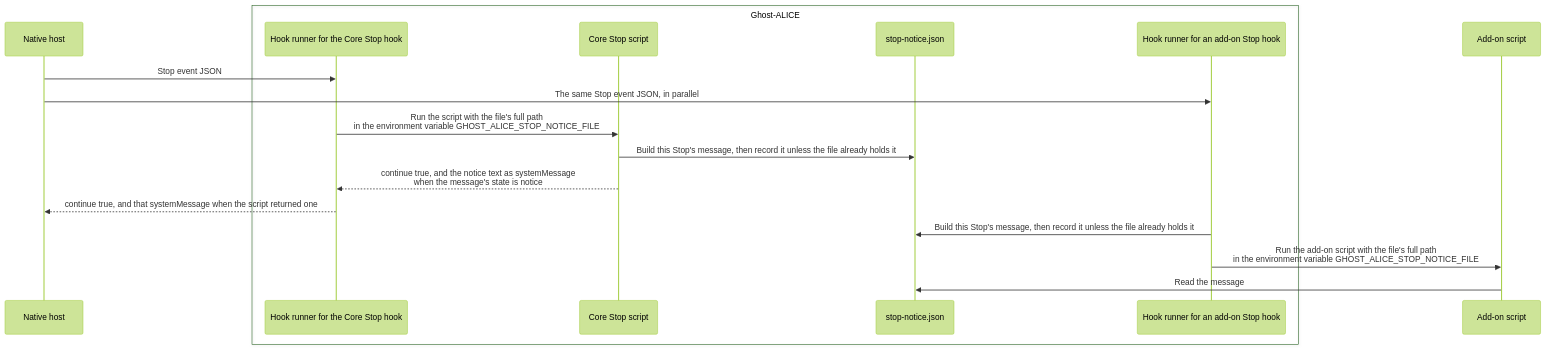
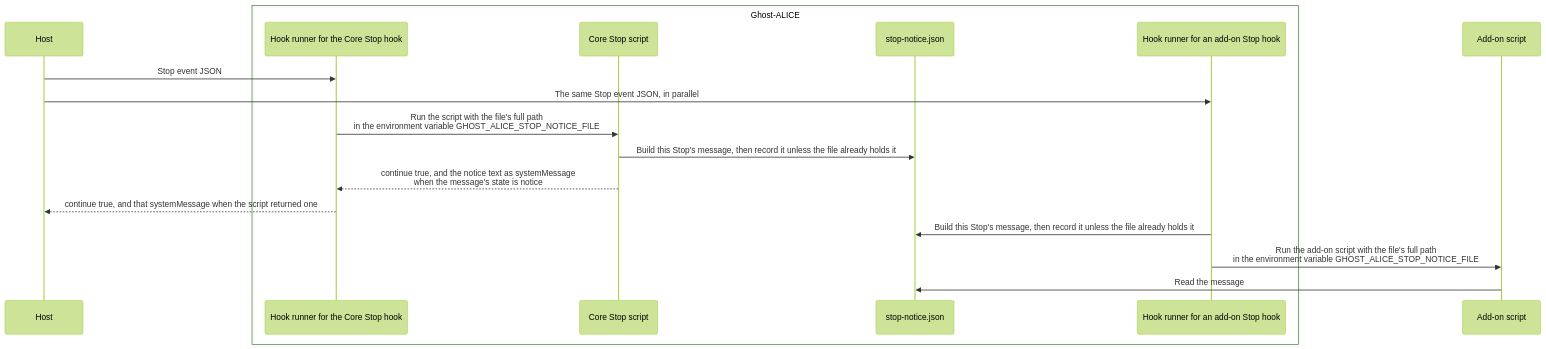
The fourth of 7 diagrams in architecture.md (AidALL/ghost-alice), drawn with Mermaid (forest theme) before and after one commit. The commit also changed other lines of this file and 69 other files, not shown here.

````diff
--- a/architecture.md
+++ b/architecture.md
@@ -143,20 +143,20 @@
 ```mermaid
 sequenceDiagram
-  participant H as Native host
+  participant H as Host
   box Ghost-ALICE
     participant RC as Hook runner for the Core Stop hook
     participant CS as Core Stop script
     participant F as stop-notice.json
     participant RA as Hook runner for an add-on Stop hook
   end
   participant A as Add-on script
   H->>RC: Stop event JSON
   H->>RA: The same Stop event JSON, in parallel
   RC->>CS: Run the script with the file's full path<br/>in the environment variable GHOST_ALICE_STOP_NOTICE_FILE
   CS->>F: Build this Stop's message, then record it unless the file already holds it
   CS-->>RC: continue true, and the notice text as systemMessage<br/>when the message's state is notice
   RC-->>H: continue true, and that systemMessage when the script returned one
   RA->>F: Build this Stop's message, then record it unless the file already holds it
   RA->>A: Run the add-on script with the file's full path<br/>in the environment variable GHOST_ALICE_STOP_NOTICE_FILE
   A->>F: Read the message
 ```
````
